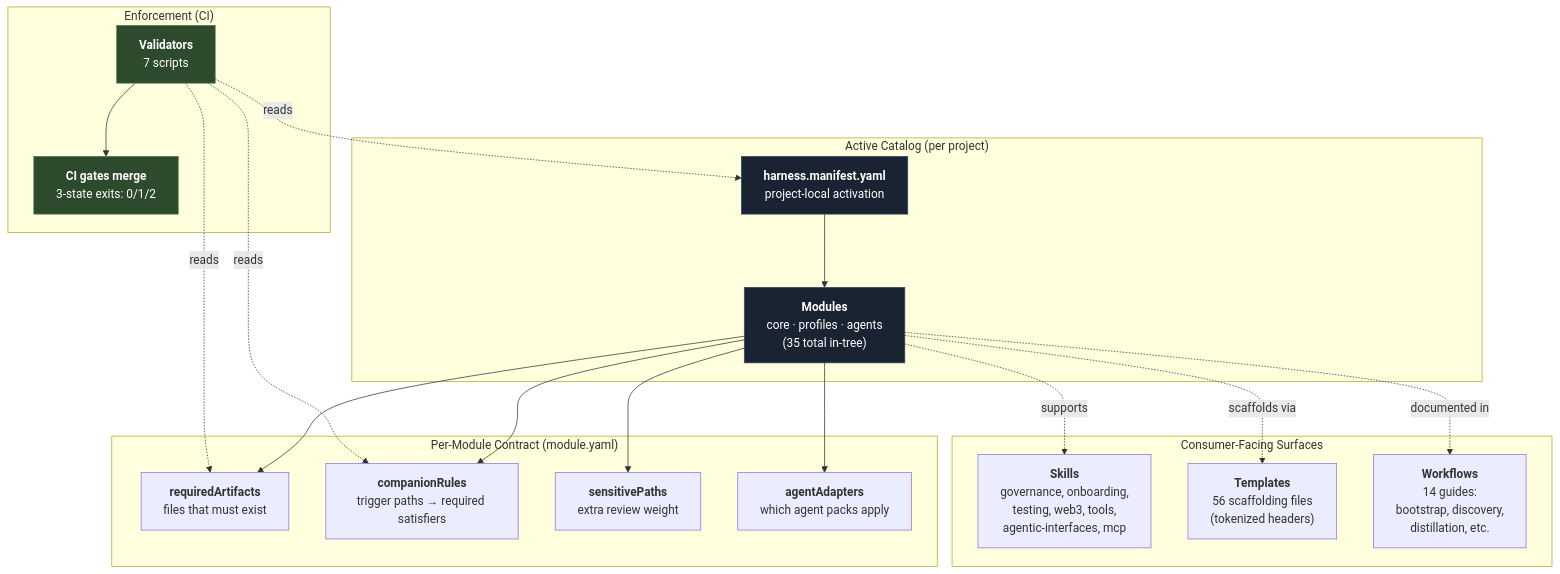
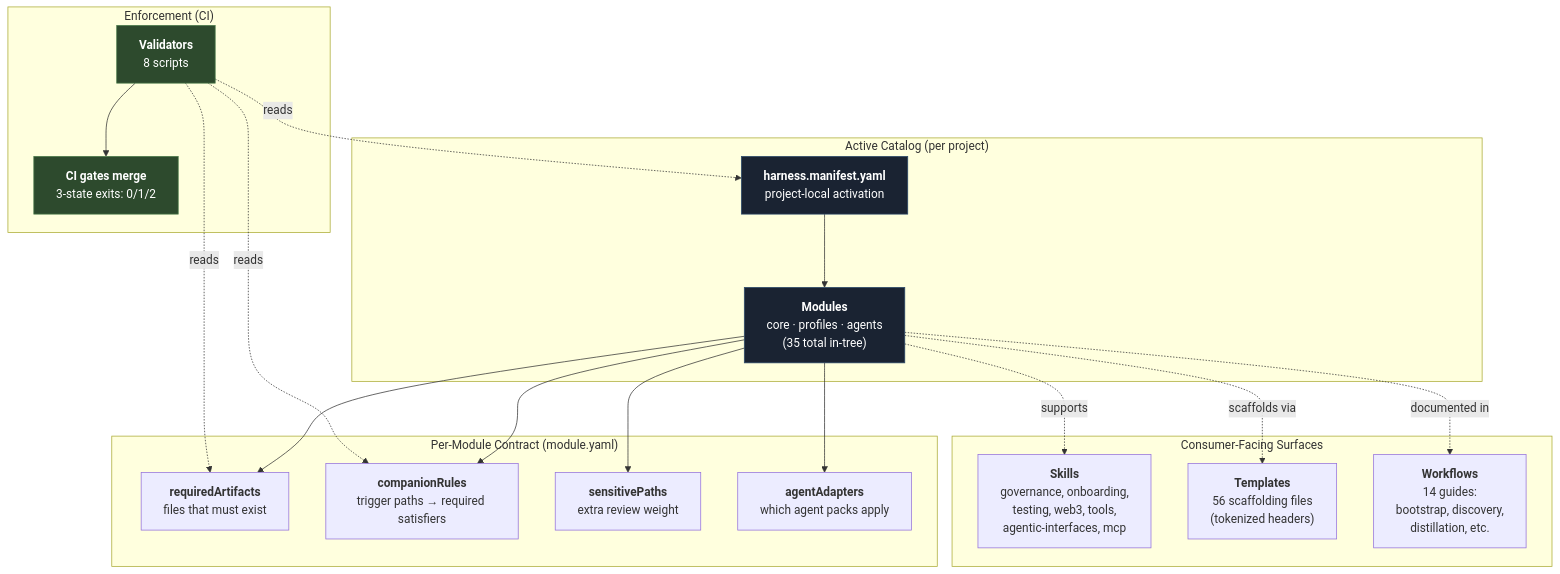
Before and after one commit to unclenate/auto-harness: the first of 6 diagrams in docs/architecture/diagrams.md, drawn with Mermaid. The commit also changed 8 other files, not shown here.

````diff
--- a/docs/architecture/diagrams.md
+++ b/docs/architecture/diagrams.md
@@ -43,38 +43,38 @@
 ```mermaid
 flowchart TD
     Manifest["<b>harness.manifest.yaml</b><br/>project-local activation"]
 
     subgraph CATALOG["Active Catalog (per project)"]
         Manifest --> Modules["<b>Modules</b><br/>core · profiles · agents<br/>(35 total in-tree)"]
     end
 
     subgraph CONTRACT["Per-Module Contract (module.yaml)"]
         Modules --> Required["<b>requiredArtifacts</b><br/>files that must exist"]
         Modules --> Companions["<b>companionRules</b><br/>trigger paths → required satisfiers"]
         Modules --> Sensitive["<b>sensitivePaths</b><br/>extra review weight"]
         Modules --> Adapters["<b>agentAdapters</b><br/>which agent packs apply"]
     end
 
     subgraph ENFORCE["Enforcement (CI)"]
-        Validators["<b>Validators</b><br/>7 scripts"]
+        Validators["<b>Validators</b><br/>8 scripts"]
         Validators -.reads.-> Manifest
         Validators -.reads.-> Required
         Validators -.reads.-> Companions
         Validators --> CIGate["<b>CI gates merge</b><br/>3-state exits: 0/1/2"]
     end
 
     subgraph SURFACE["Consumer-Facing Surfaces"]
         Skills["<b>Skills</b><br/>governance, onboarding,<br/>testing, web3, tools,<br/>agentic-interfaces, mcp"]
         Templates["<b>Templates</b><br/>56 scaffolding files<br/>(tokenized headers)"]
         Workflows["<b>Workflows</b><br/>14 guides:<br/>bootstrap, discovery,<br/>distillation, etc."]
     end
 
     Modules -.supports.-> Skills
     Modules -.scaffolds via.-> Templates
     Modules -.documented in.-> Workflows
 
     style Manifest fill:#1a2332,stroke:#2c4a6b,color:#fff
     style Modules fill:#1a2332,stroke:#2c4a6b,color:#fff
     style Validators fill:#2d4a2d,stroke:#4a7a4a,color:#fff
     style CIGate fill:#2d4a2d,stroke:#4a7a4a,color:#fff
 ```
````
